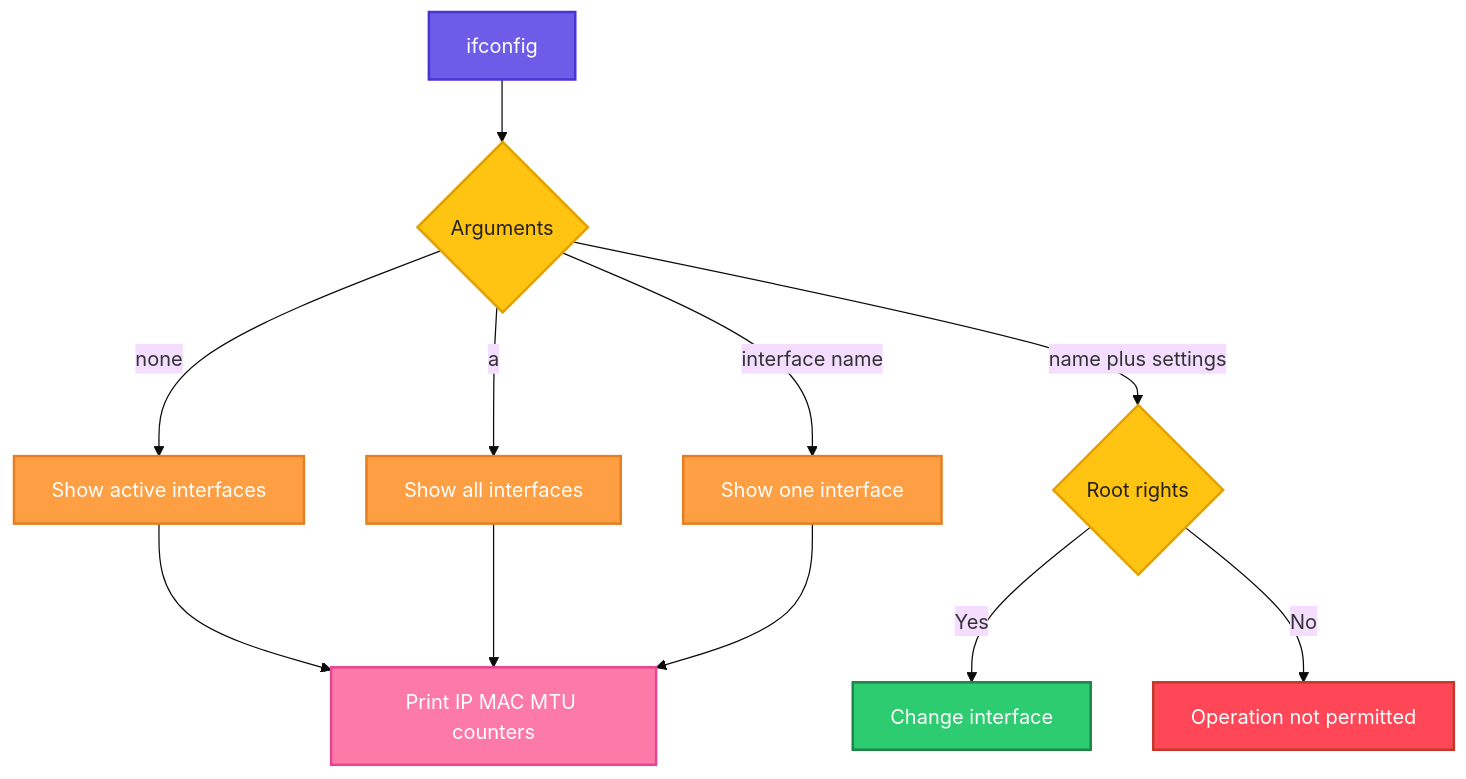
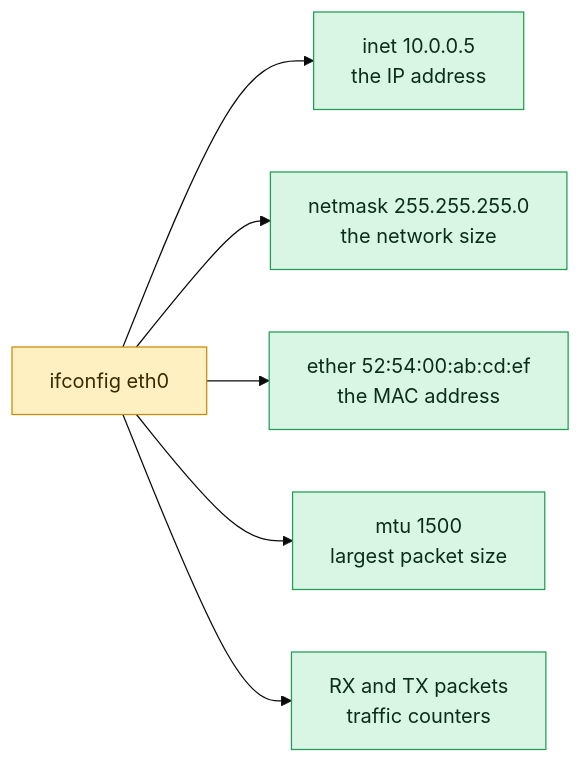
Before and after one commit to codeKerdosTech/DevOps-Documentation: the diagram in linux/networking/ifconfig.md, drawn with Mermaid (base theme). The commit also changed other lines of this file and 165 other files, not shown here.

Commit message:
updated diagrams in linux

````diff
--- a/linux/networking/ifconfig.md
+++ b/linux/networking/ifconfig.md
@@ -14,26 +14,15 @@
 ```mermaid
-flowchart TD
-    A[ifconfig] --> B{Arguments}
-    B -->|none| C[Show active interfaces]
-    B -->|a| D[Show all interfaces]
-    B -->|interface name| E[Show one interface]
-    B -->|name plus settings| F{Root rights}
-    F -->|Yes| G[Change interface]
-    F -->|No| H[Operation not permitted]
-    C --> I[Print IP MAC MTU counters]
-    D --> I
-    E --> I
-    classDef start fill:#6C5CE7,stroke:#4834D4,stroke-width:2px,color:#fff
-    classDef proc fill:#00B8D9,stroke:#0087A8,stroke-width:2px,color:#fff
-    classDef dec fill:#FFC312,stroke:#E1A100,stroke-width:2px,color:#222
-    classDef ok fill:#2ECC71,stroke:#1E8449,stroke-width:2px,color:#fff
-    classDef err fill:#FF4757,stroke:#C0392B,stroke-width:2px,color:#fff
-    classDef out fill:#FD79A8,stroke:#E84393,stroke-width:2px,color:#fff
-    classDef alt fill:#FF9F43,stroke:#E67E22,stroke-width:2px,color:#fff
-    class A start
-    class B,F dec
-    class C,D,E alt
-    class G ok
-    class H err
-    class I out
+flowchart LR
+    c1[ifconfig eth0] --> o1[inet 10.0.0.5<br/>the IP address]
+    c1 --> o2[netmask 255.255.255.0<br/>the network size]
+    c1 --> o3[ether 52:54:00:ab:cd:ef<br/>the MAC address]
+    c1 --> o4[mtu 1500<br/>largest packet size]
+    c1 --> o5[RX and TX packets<br/>traffic counters]
+    classDef inp fill:#DCEBFF,stroke:#2F6FDE,color:#10213F
+    classDef cmd fill:#FFF0C2,stroke:#C98A00,color:#3A2A00
+    classDef out fill:#D9F5E3,stroke:#1F9D55,color:#0B2E1A
+    classDef bad fill:#FDE0E0,stroke:#D13B3B,color:#4A0F0F
+    classDef note fill:#ECEFF3,stroke:#7B8794,color:#1F2933
+    class c1 cmd
+    class o1,o2,o3,o4,o5 out
 ```
````
